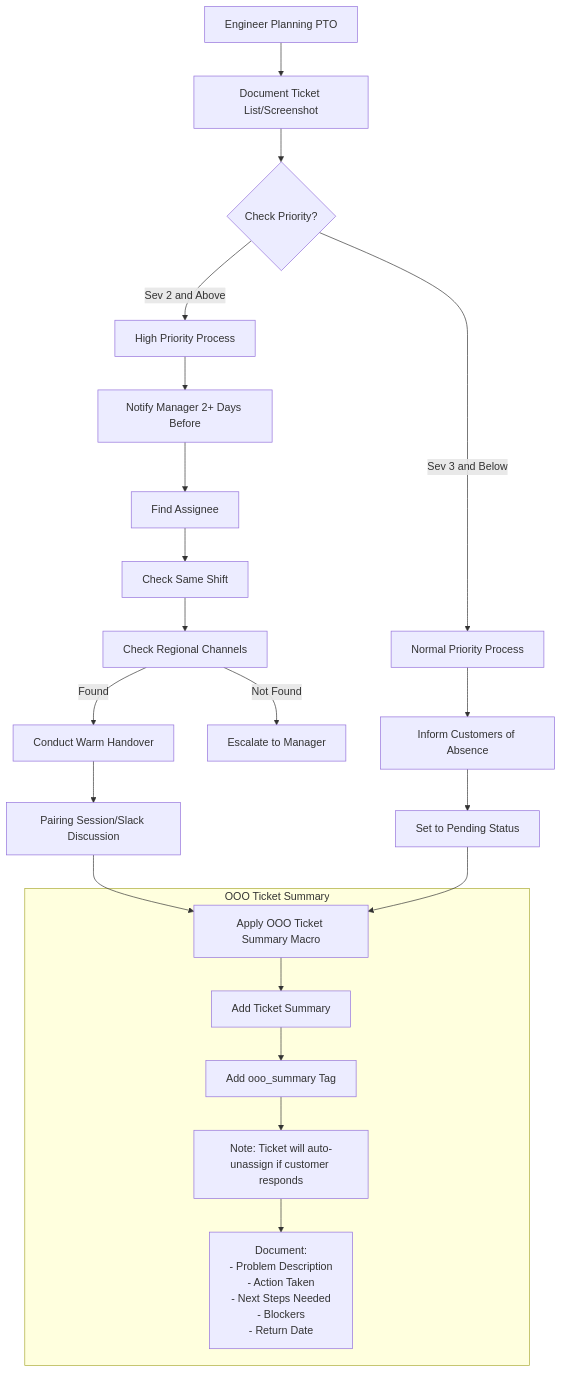
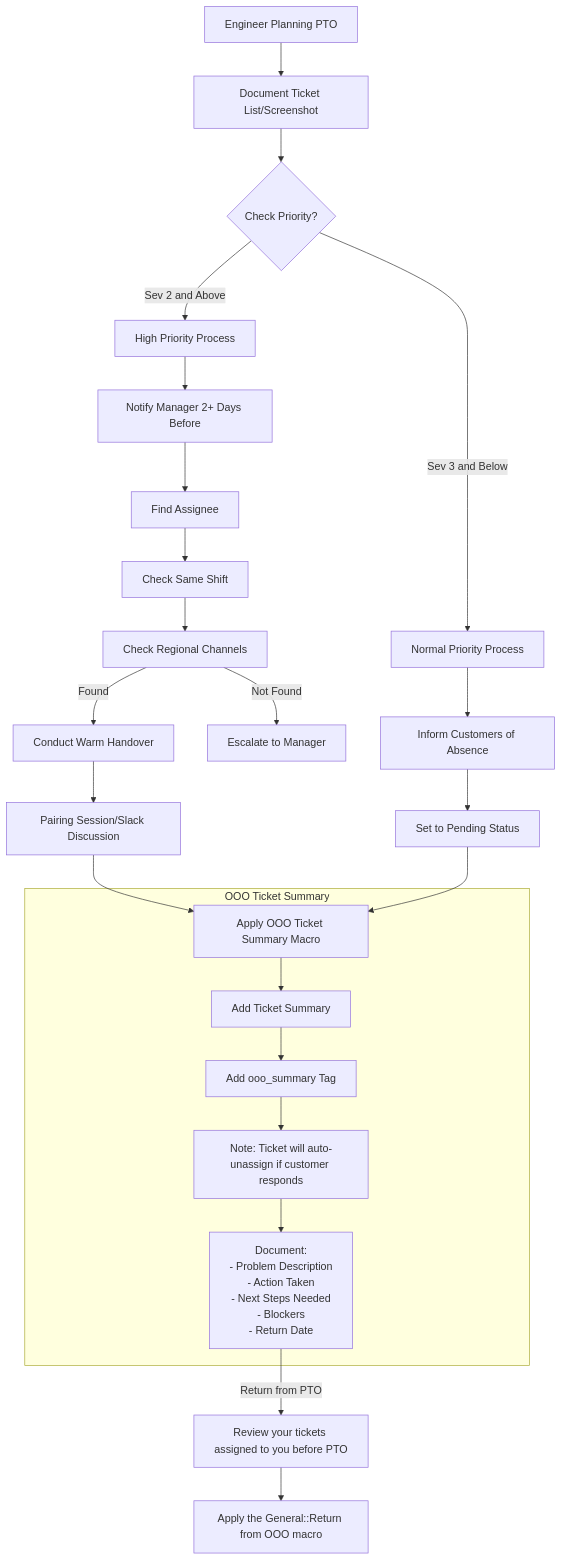
One commit to kyama0/gitlab-handbook-ja changed the diagram in content/handbook/support/workflows/ooo-ticket-management.md. Above: the diagram before and after it, drawn with Mermaid. The commit also changed other lines of this file and 3 other files, not shown here.

````diff
--- a/content/handbook/support/workflows/ooo-ticket-management.md
+++ b/content/handbook/support/workflows/ooo-ticket-management.md
@@ -91,36 +94,39 @@
 ```mermaid
 flowchart TD
     Start[Engineer Planning PTO] --> DocumentTickets[Document Ticket List/Screenshot]
     DocumentTickets --> TicketPriority{Check Priority?}
 
     TicketPriority -->|Sev 2 and Above| HighPriority[High Priority Process]
     TicketPriority -->|Sev 3 and Below| NormalPriority[Normal Priority Process]
 
     HighPriority --> NotifyManager[Notify Manager 2+ Days Before]
     NotifyManager --> FindAssignee[Find Assignee]
 
     FindAssignee --> SameShift[Check Same Shift]
     SameShift --> OtherRegions[Check Regional Channels]
     OtherRegions -->|Found| WarmHandover[Conduct Warm Handover]
     OtherRegions -->|Not Found| EscalateManager[Escalate to Manager]
 
     WarmHandover --> PairingSession[Pairing Session/Slack Discussion]
     PairingSession --> ApplyMacro[Apply OOO Ticket Summary Macro]
 
     NormalPriority --> InformCustomer[Inform Customers of Absence]
     InformCustomer --> SetPending[Set to Pending Status]
     SetPending --> ApplyMacro[Apply OOO Ticket Summary Macro]
 
 
     subgraph MacroDetails [OOO Ticket Summary]
         ApplyMacro --> Summary[Add Ticket Summary]
         Summary --> AddOOOTag[Add ooo_summary Tag]
         AddOOOTag --> AutoUnassign[Note: Ticket will auto-unassign if customer responds]
         AutoUnassign --> DocumentDetails[Document:
         - Problem Description
         - Action Taken
         - Next Steps Needed
         - Blockers
         - Return Date]
     end
+
+    DocumentDetails --> |Return from PTO| ReviewPrePtoTickets[Review your tickets assigned to you before PTO]
+    ReviewPrePtoTickets --> ApplyReturnPtoMacro[Apply the General::Return from OOO macro]
 ```
````
